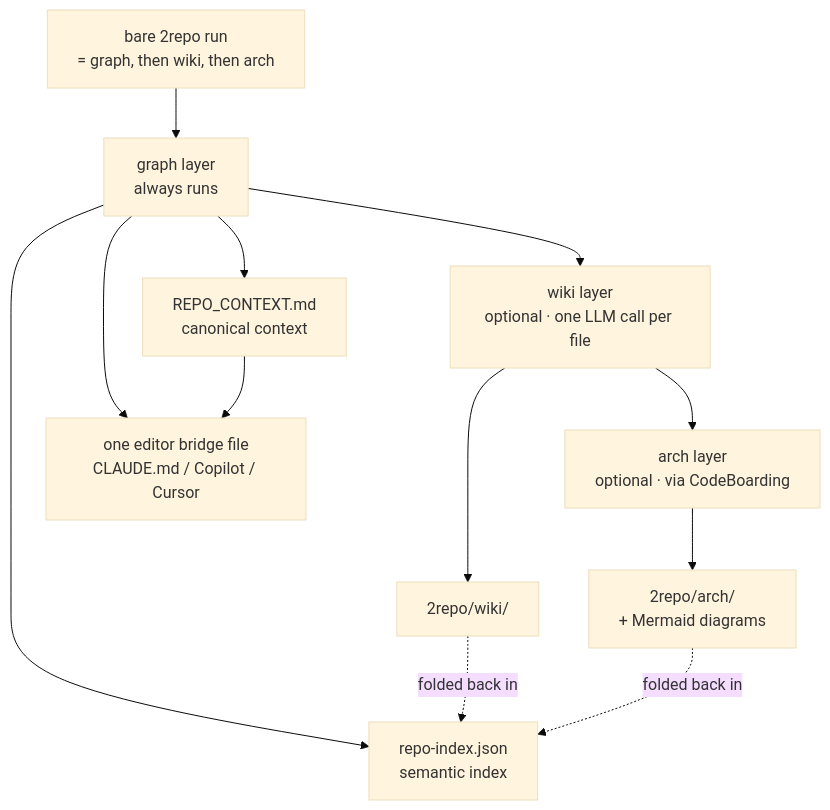
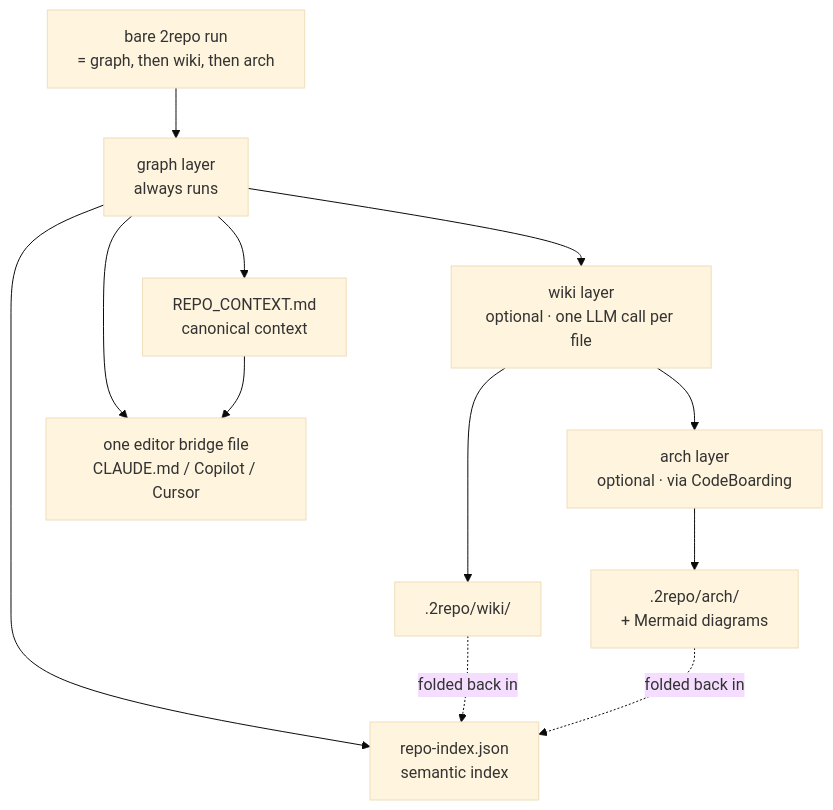
The diagram in docs/2repo.md (Guebbit/knowledge-hub), drawn with Mermaid (base theme) before and after one commit. The commit also changed other lines of this file and 5 other files, not shown here.

````diff
--- a/docs/2repo.md
+++ b/docs/2repo.md
@@ -102,16 +102,16 @@
 ```mermaid
 flowchart TD
     CMD["bare 2repo run<br/>= graph, then wiki, then arch"] --> G["graph layer<br/>always runs"]
     G --> W["wiki layer<br/>optional · one LLM call per file"]
     W --> A["arch layer<br/>optional · via CodeBoarding"]
 
     G --> IDX["repo-index.json<br/>semantic index"]
     G --> CTX["REPO_CONTEXT.md<br/>canonical context"]
     G --> BR["one editor bridge file<br/>CLAUDE.md / Copilot / Cursor"]
-    W --> WA["2repo/wiki/"]
-    A --> AA["2repo/arch/<br/>+ Mermaid diagrams"]
+    W --> WA[".2repo/wiki/"]
+    A --> AA[".2repo/arch/<br/>+ Mermaid diagrams"]
 
     CTX --> BR
     WA -.->|"folded back in"| IDX
     AA -.->|"folded back in"| IDX
 ```
````
